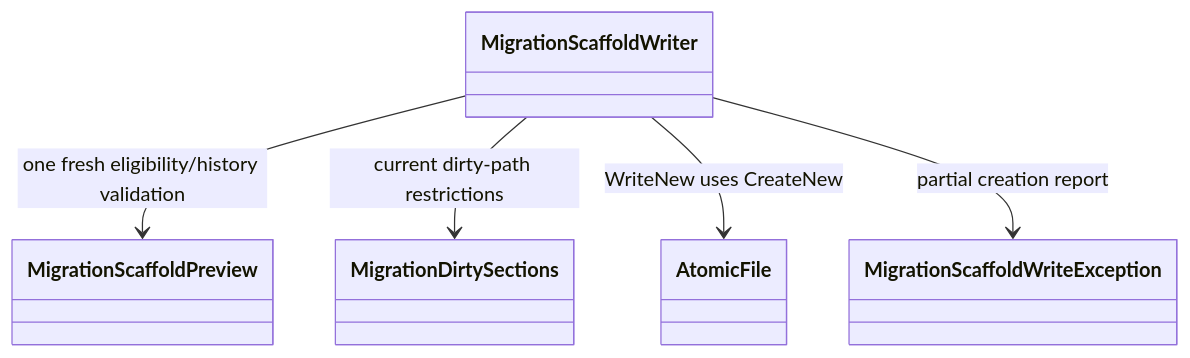
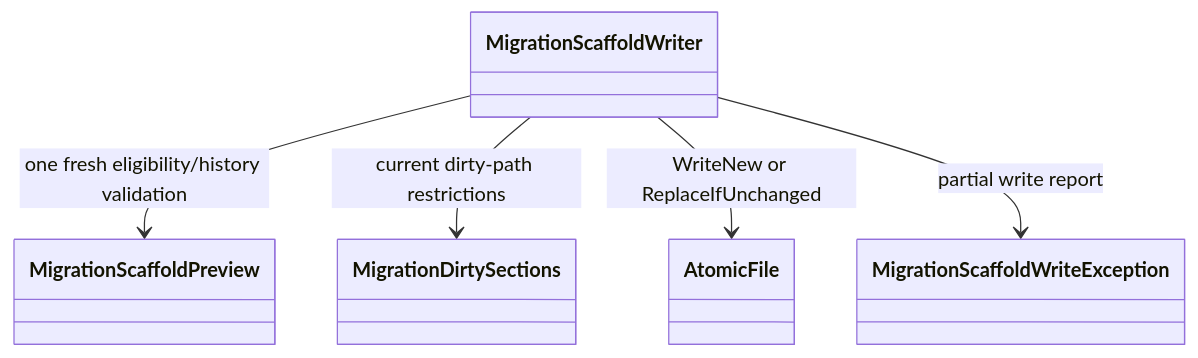
One commit to ferrywlto/ai-env-as-code changed diagram 21 of 25 in docs/architecture.md. Above: the diagram before and after it, drawn with Mermaid. The commit also changed other lines of this file and 8 other files, not shown here.

Commit message:
feat(migration): execute reviewed instruction scaffold resets

````diff
--- a/docs/architecture.md
+++ b/docs/architecture.md
@@ -625,7 +631,7 @@
 ```mermaid
 classDiagram
     MigrationScaffoldWriter --> MigrationScaffoldPreview : one fresh eligibility/history validation
     MigrationScaffoldWriter --> MigrationDirtySections : current dirty-path restrictions
-    MigrationScaffoldWriter --> AtomicFile : WriteNew uses CreateNew
-    MigrationScaffoldWriter --> MigrationScaffoldWriteException : partial creation report
+    MigrationScaffoldWriter --> AtomicFile : WriteNew or ReplaceIfUnchanged
+    MigrationScaffoldWriter --> MigrationScaffoldWriteException : partial write report
 ```
````
